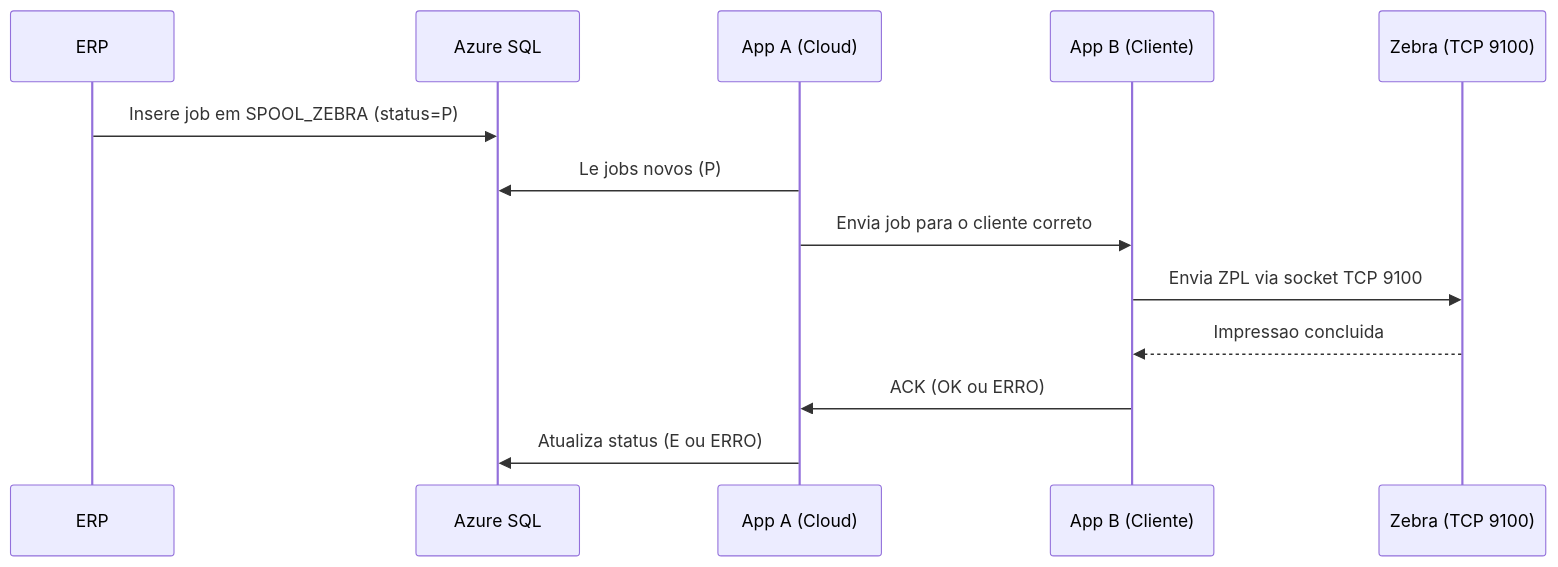
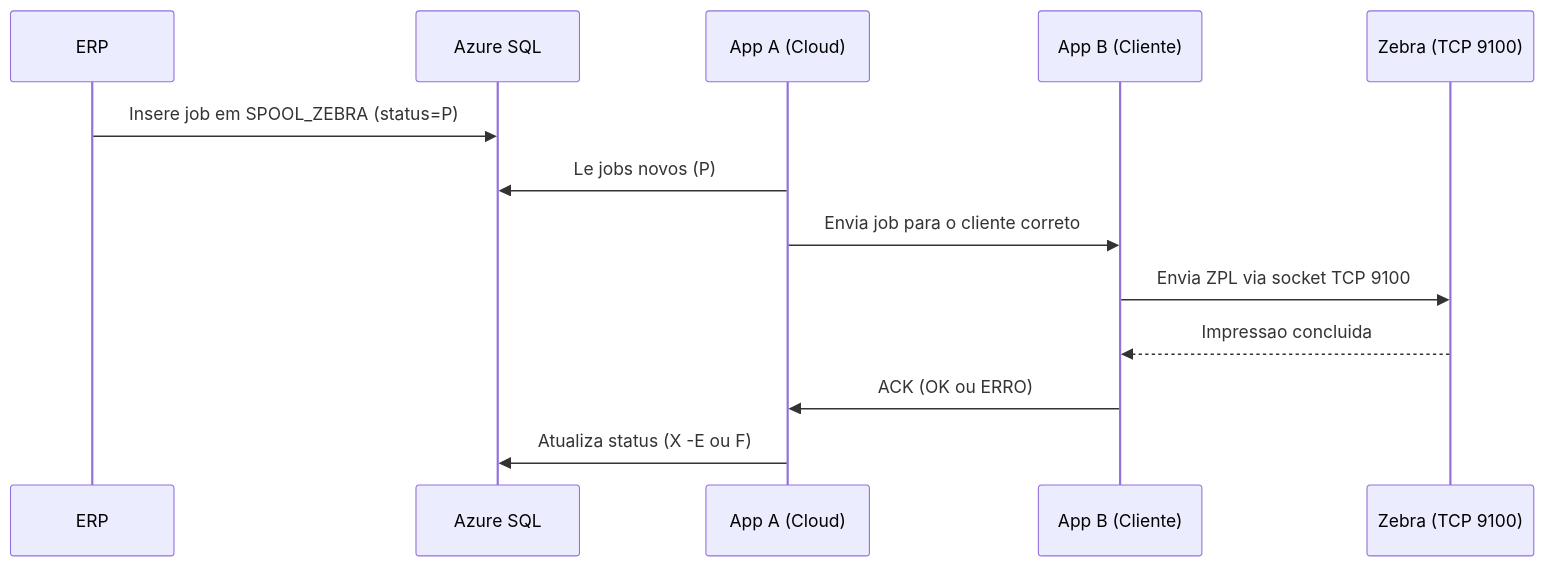
One commit to Andrebatt72/impressorazebra changed the second of 3 diagrams in README.md. Above: the diagram before and after it, drawn with Mermaid.

````diff
--- a/README.md
+++ b/README.md
@@ -46,16 +46,16 @@
 ```mermaid
 sequenceDiagram
     participant ERP as ERP
     participant DB as Azure SQL
     participant AppA as App A (Cloud)
     participant AppB as App B (Cliente)
     participant Printer as Zebra (TCP 9100)
 
     ERP->>DB: Insere job em SPOOL_ZEBRA (status=P)
     AppA->>DB: Le jobs novos (P)
     AppA->>AppB: Envia job para o cliente correto
     AppB->>Printer: Envia ZPL via socket TCP 9100
     Printer-->>AppB: Impressao concluida
     AppB->>AppA: ACK (OK ou ERRO)
-    AppA->>DB: Atualiza status (E ou ERRO)
+    AppA->>DB: Atualiza status (X -E ou F)
 ```
````
